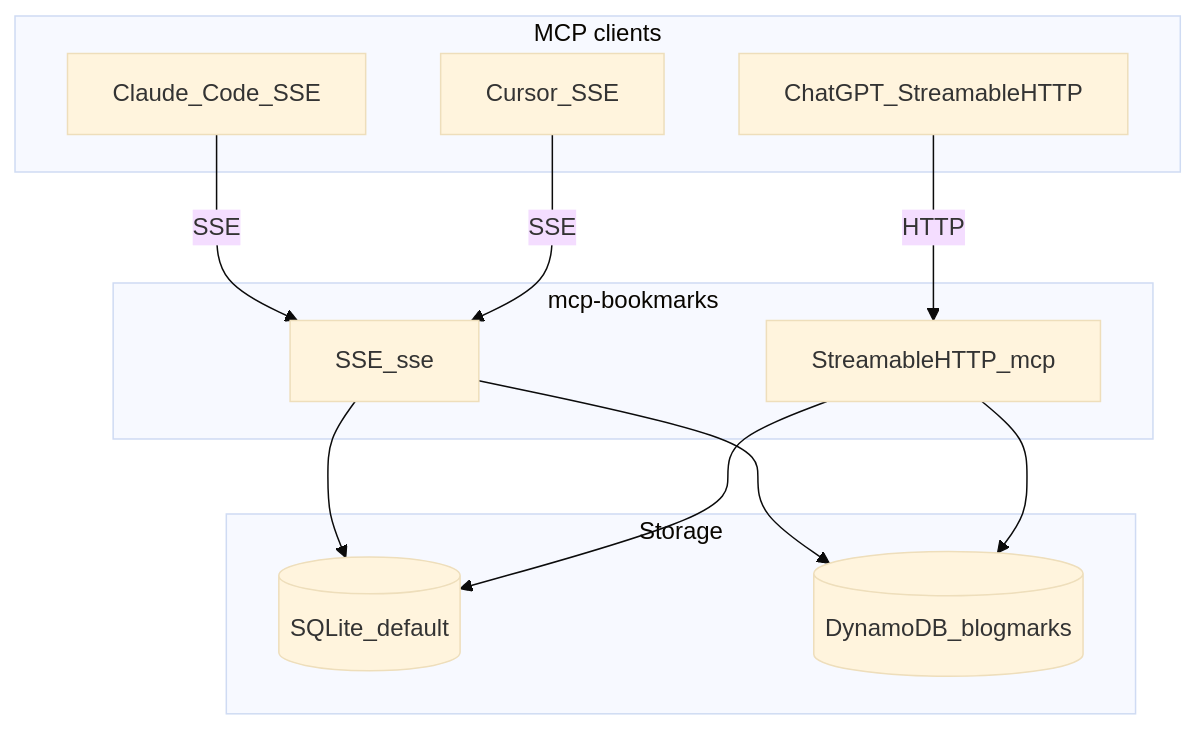
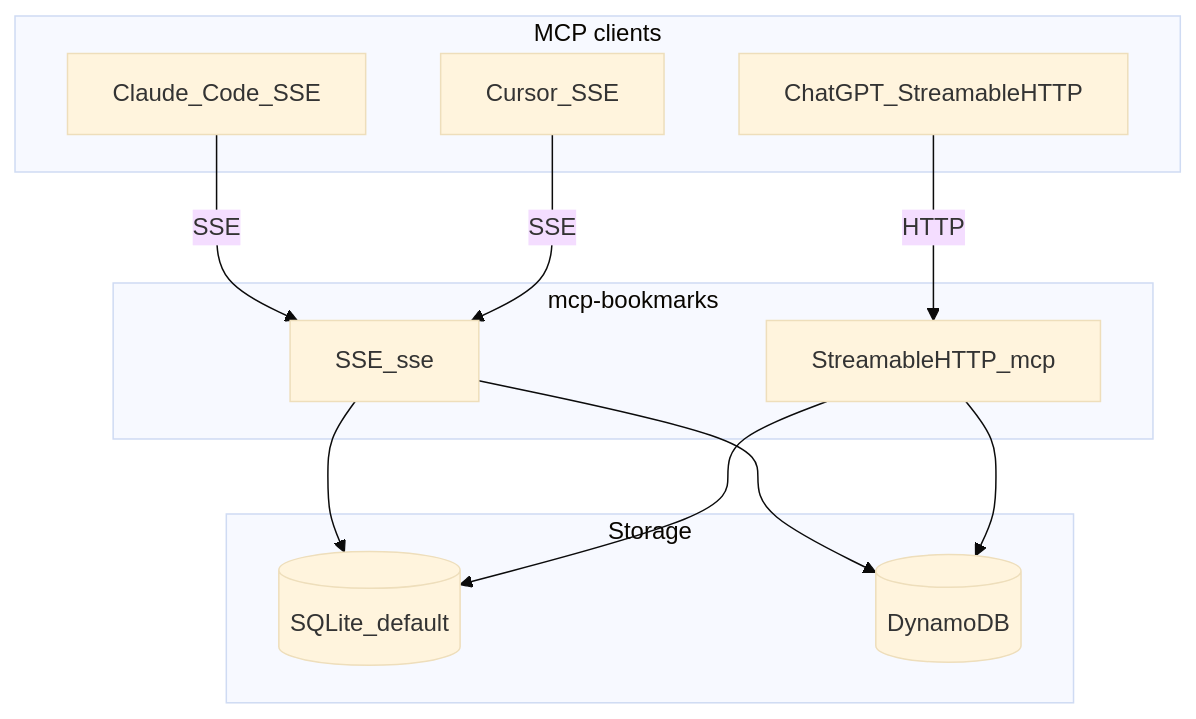
One commit to kayaman/mcp-bookmarks changed the first of 2 diagrams in presentation/slides.md. Above: the diagram before and after it, drawn with Mermaid (base theme). The commit also changed other lines of this file and 60 other files, not shown here.

````diff
--- a/presentation/slides.md
+++ b/presentation/slides.md
@@ -58,23 +58,23 @@
 ```mermaid
 flowchart TB
   subgraph clients [MCP clients]
     CC[Claude_Code_SSE]
     CUR[Cursor_SSE]
     CGP[ChatGPT_StreamableHTTP]
   end
   subgraph server [mcp-bookmarks]
     SSE[SSE_sse]
     SH[StreamableHTTP_mcp]
   end
   subgraph storage [Storage]
     L[(SQLite_default)]
-    D[(DynamoDB_blogmarks)]
+    D[(DynamoDB)]
   end
   CC -->|SSE| SSE
   CUR -->|SSE| SSE
   CGP -->|HTTP| SH
   SSE --> L
   SSE --> D
   SH --> L
   SH --> D
 ```
````
